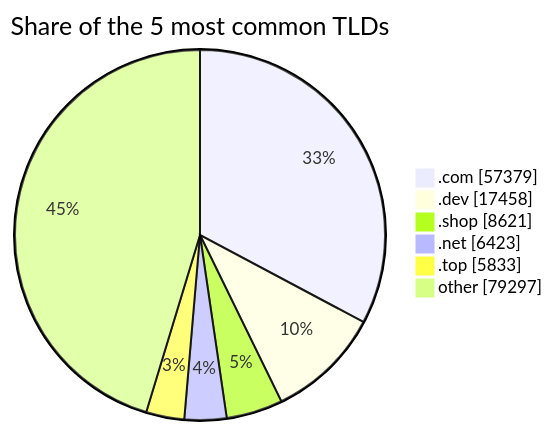
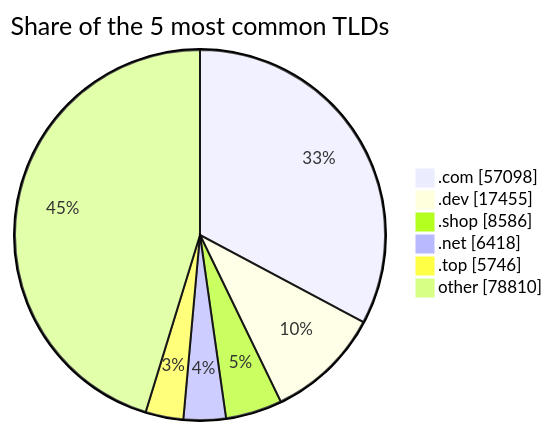
Before and after one commit to DNSBunker/CTI: the third of 3 diagrams in README.md, drawn with Mermaid. The commit also changed other lines of this file and 3 other files, not shown here.

````diff
--- a/README.md
+++ b/README.md
@@ -81,9 +81,9 @@
 ```mermaid
 pie showData title Share of the 5 most common TLDs
-    ".com" : 57379
-    ".dev" : 17458
-    ".shop" : 8621
-    ".net" : 6423
-    ".top" : 5833
-    "other" : 79297
+    ".com" : 57098
+    ".dev" : 17455
+    ".shop" : 8586
+    ".net" : 6418
+    ".top" : 5746
+    "other" : 78810
 ```
````
